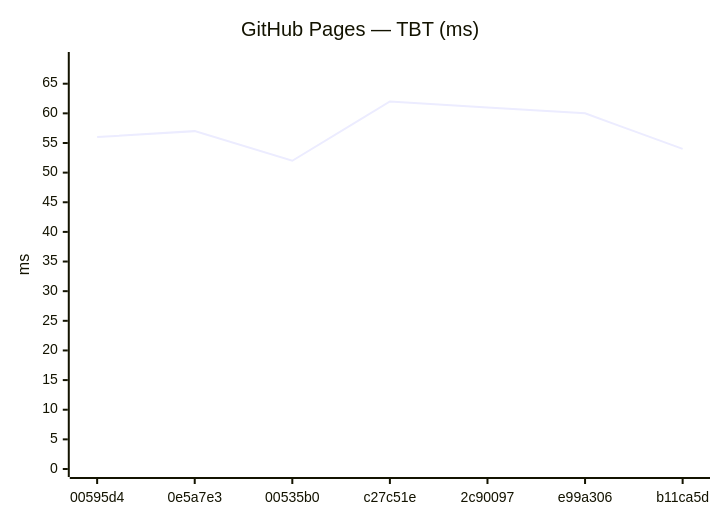
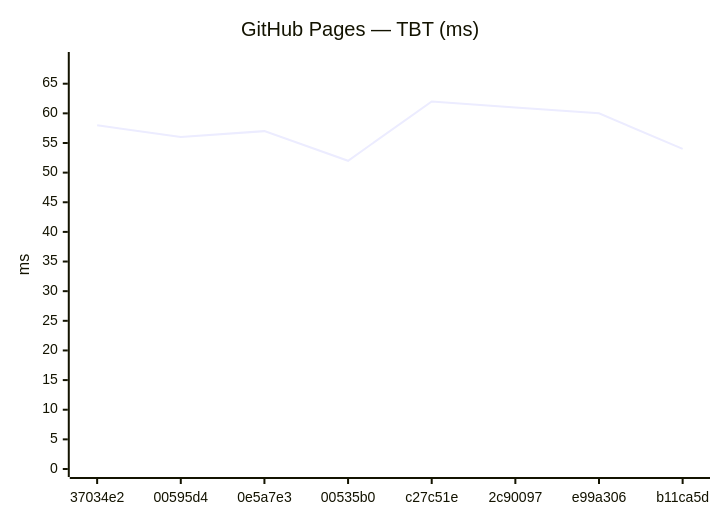
The fourth of 24 diagrams in benchmarks/compare.md (Metaheurist/Rianell), drawn with Mermaid before and after one commit. The commit also changed other lines of this file and 12 other files, not shown here.

````diff
--- a/benchmarks/compare.md
+++ b/benchmarks/compare.md
@@ -55,7 +57,7 @@
 ```mermaid
 xychart-beta
     title "GitHub Pages — TBT (ms)"
-    x-axis ["00595d4", "0e5a7e3", "00535b0", "c27c51e", "2c90097", "e99a306", "b11ca5d"]
+    x-axis ["37034e2", "00595d4", "0e5a7e3", "00535b0", "c27c51e", "2c90097", "e99a306", "b11ca5d"]
     y-axis "ms" 0 --> 69
-    line [56, 57, 52, 62, 61, 60, 54]
+    line [58, 56, 57, 52, 62, 61, 60, 54]
 ```
````
